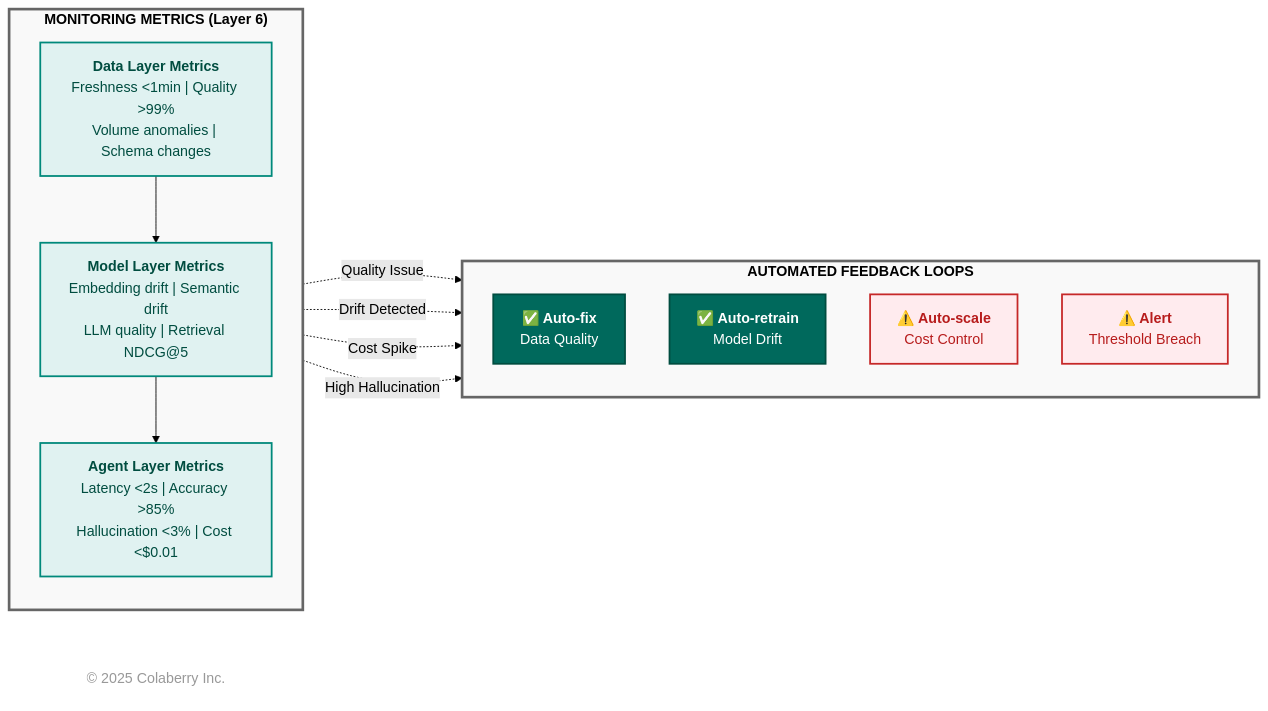
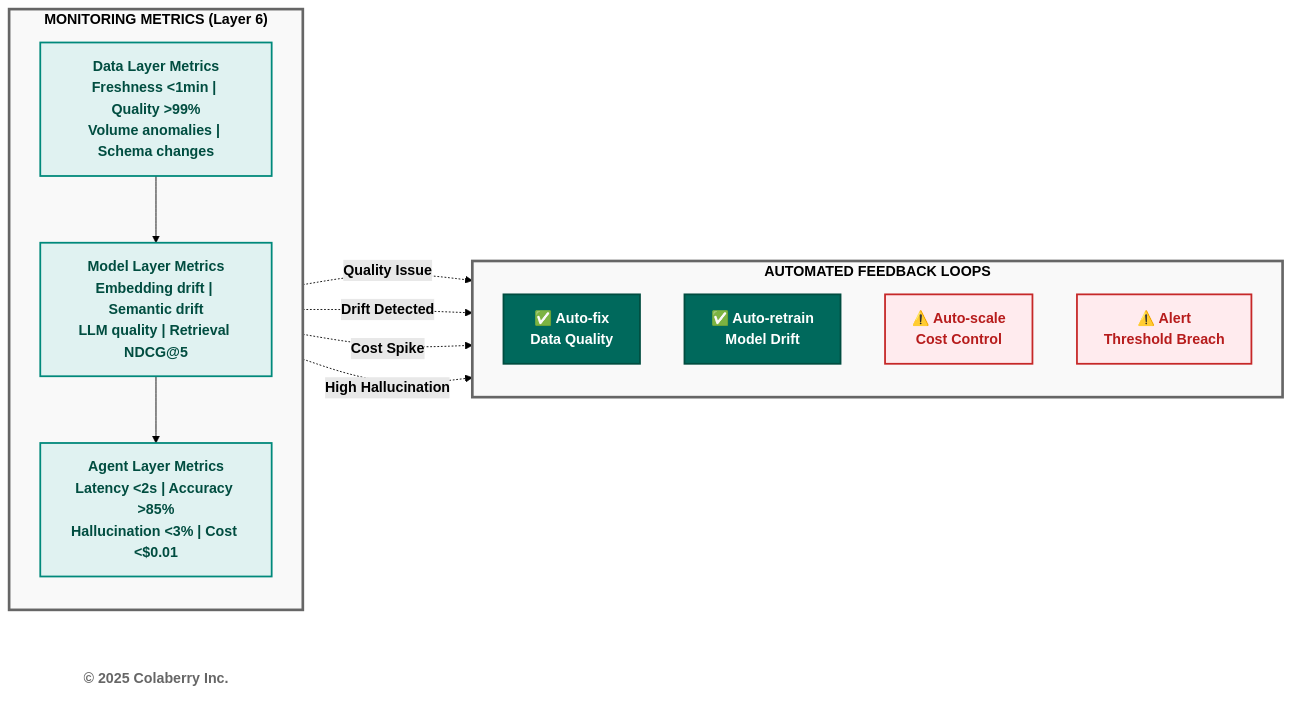
Diagram 12 of 18 in chapter-01/chapter_1_complete.md (colaberry/enterprise-data-readiness-ai-agents), drawn with Mermaid (forest theme) before and after one commit. The commit also changed other lines of this file and 1 other file, not shown here.

First line of the commit message:
chapter 1 diagrams updated to mermaid codex

````diff
--- a/chapter-01/chapter_1_complete.md
+++ b/chapter-01/chapter_1_complete.md
@@ -1852,46 +1798,46 @@
 ```mermaid
 graph LR
     subgraph metrics["<b>MONITORING METRICS (Layer 6)</b>"]
         direction TB
         
-        DATA["<b>Data Layer Metrics</b><br/>Freshness <1min | Quality >99%<br/>Volume anomalies | Schema changes"]
+        DATA["<b>Data Layer Metrics</b><br/><b>Freshness <1min | Quality >99%</b><br/><b>Volume anomalies | Schema changes</b>"]
         
-        MODEL["<b>Model Layer Metrics</b><br/>Embedding drift | Semantic drift<br/>LLM quality | Retrieval NDCG@5"]
+        MODEL["<b>Model Layer Metrics</b><br/><b>Embedding drift | Semantic drift</b><br/><b>LLM quality | Retrieval NDCG@5</b>"]
         
-        AGENT["<b>Agent Layer Metrics</b><br/>Latency <2s | Accuracy >85%<br/>Hallucination <3% | Cost <$0.01"]
+        AGENT["<b>Agent Layer Metrics</b><br/><b>Latency <2s | Accuracy >85%</b><br/><b>Hallucination <3% | Cost <$0.01</b>"]
         
         DATA --> MODEL
         MODEL --> AGENT
     end
     
     subgraph feedback["<b>AUTOMATED FEEDBACK LOOPS</b>"]
         direction TB
         
-        FB1["<b>✅ Auto-fix</b><br/>Data Quality"]
-        FB2["<b>✅ Auto-retrain</b><br/>Model Drift"]
-        FB3["<b>⚠️ Auto-scale</b><br/>Cost Control"]
-        FB4["<b>⚠️ Alert</b><br/>Threshold Breach"]
+        FB1["<b>✅ Auto-fix</b><br/><b>Data Quality</b>"]
+        FB2["<b>✅ Auto-retrain</b><br/><b>Model Drift</b>"]
+        FB3["<b>⚠️ Auto-scale</b><br/><b>Cost Control</b>"]
+        FB4["<b>⚠️ Alert</b><br/><b>Threshold Breach</b>"]
     end
     
-    DATA -.->|Quality Issue| FB1
-    MODEL -.->|Drift Detected| FB2
-    AGENT -.->|Cost Spike| FB3
-    AGENT -.->|High Hallucination| FB4
+    DATA -.->|"<b>Quality Issue</b>"| FB1
+    MODEL -.->|"<b>Drift Detected</b>"| FB2
+    AGENT -.->|"<b>Cost Spike</b>"| FB3
+    AGENT -.->|"<b>High Hallucination</b>"| FB4
     
     style metrics fill:#f9f9f9,stroke:#666666,stroke-width:3px,color:#000000
     style DATA fill:#e0f2f1,stroke:#00897b,stroke-width:2px,color:#004d40
     style MODEL fill:#e0f2f1,stroke:#00897b,stroke-width:2px,color:#004d40
     style AGENT fill:#e0f2f1,stroke:#00897b,stroke-width:2px,color:#004d40
     
     style feedback fill:#f9f9f9,stroke:#666666,stroke-width:3px,color:#000000
     style FB1 fill:#00695c,color:#ffffff,stroke:#004d40,stroke-width:2px
     style FB2 fill:#00695c,color:#ffffff,stroke:#004d40,stroke-width:2px
     style FB3 fill:#ffebee,stroke:#c62828,stroke-width:2px,color:#b71c1c
     style FB4 fill:#ffebee,stroke:#c62828,stroke-width:2px,color:#b71c1c
 
     %% Copyright Notice
-    CR["© 2025 Colaberry Inc."]
-    style CR fill:none,stroke:none,color:#999999
+    CR["<b>© 2025 Colaberry Inc.</b>"]
+    style CR fill:#ffffff,stroke:none,color:#666666
 
 
 ```
````
